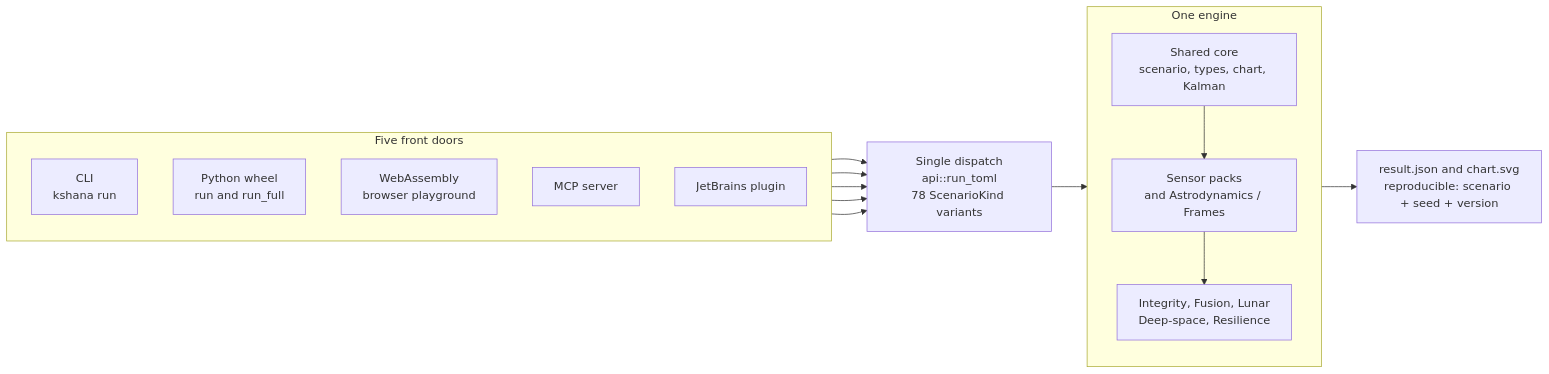
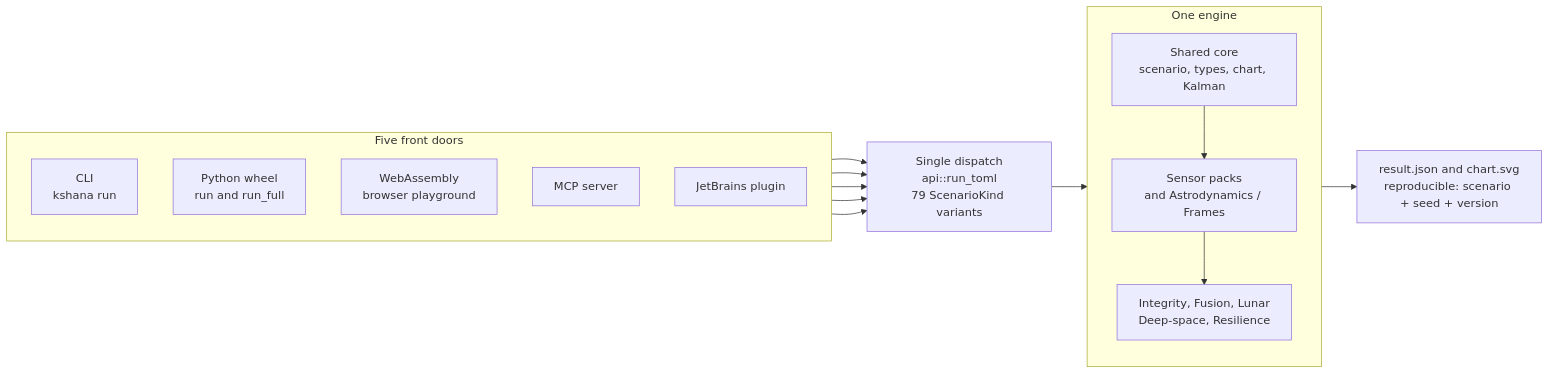
One commit to ashfordeOU/kshana changed the diagram in docs/diagrams/system-overview.mmd. Above: the diagram before and after it, drawn with Mermaid. The commit also changed 53 other files, not shown here.

```diff
--- a/docs/diagrams/system-overview.mmd
+++ b/docs/diagrams/system-overview.mmd
@@ -1,31 +1,31 @@
 flowchart LR
     subgraph DOORS[Five front doors]
         direction TB
         CLI[CLI<br/>kshana run]
         PY[Python wheel<br/>run and run_full]
         WASM[WebAssembly<br/>browser playground]
         MCP[MCP server]
         IDE[JetBrains plugin]
     end
 
-    DISPATCH[Single dispatch<br/>api::run_toml<br/>78 ScenarioKind variants]
+    DISPATCH[Single dispatch<br/>api::run_toml<br/>79 ScenarioKind variants]
 
     subgraph ENGINE[One engine]
         direction TB
         CORE[Shared core<br/>scenario, types, chart, Kalman]
         PACKS[Sensor packs<br/>and Astrodynamics / Frames]
         DOMAIN[Integrity, Fusion, Lunar<br/>Deep-space, Resilience]
         CORE --> PACKS
         PACKS --> DOMAIN
     end
 
     OUT[result.json and chart.svg<br/>reproducible: scenario + seed + version]
 
     CLI --> DISPATCH
     PY --> DISPATCH
     WASM --> DISPATCH
     MCP --> DISPATCH
     IDE --> DISPATCH
 
     DISPATCH --> ENGINE
     ENGINE --> OUT
```
